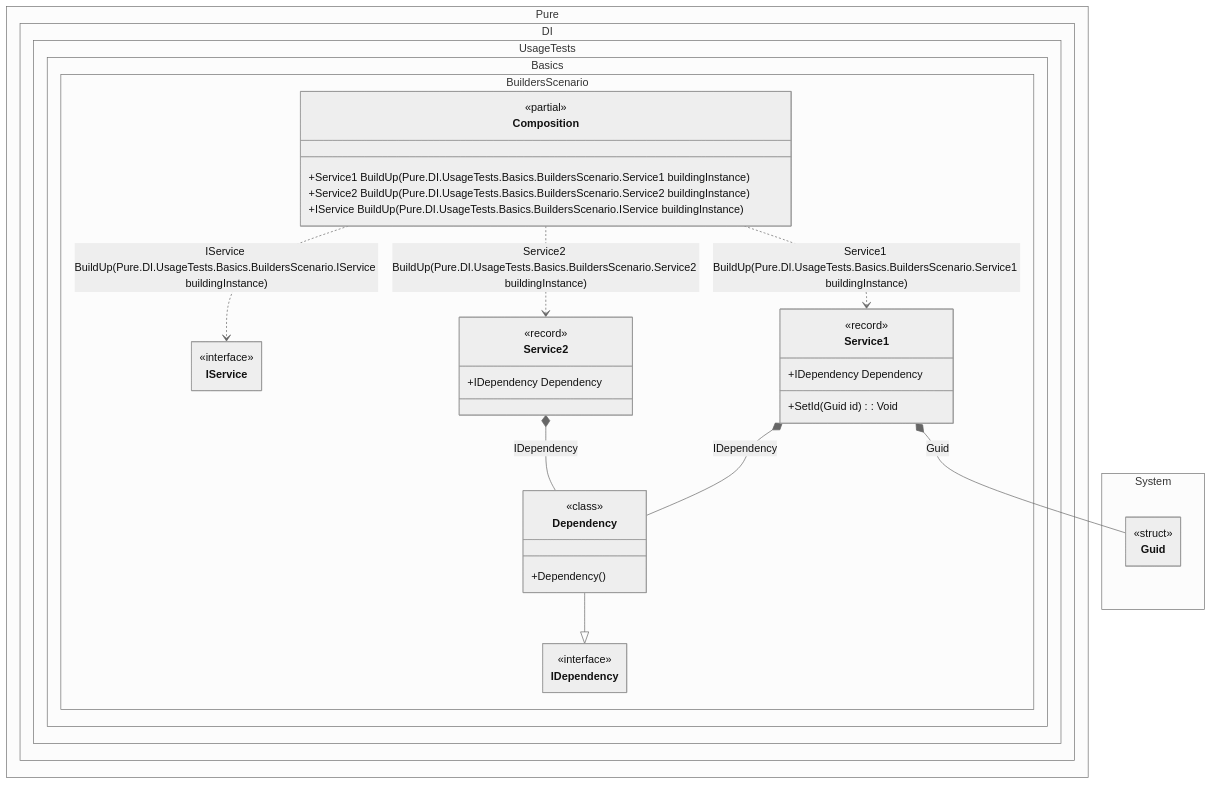
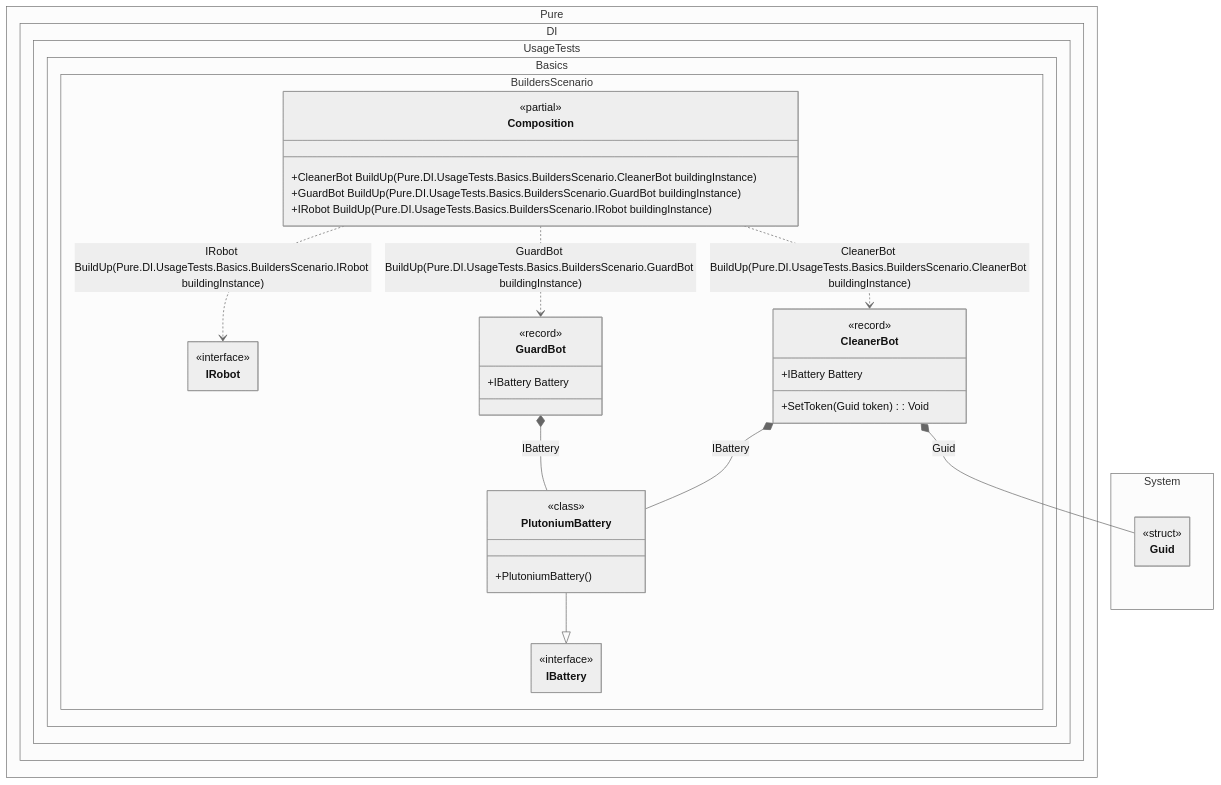
Before and after one commit to DevTeam/Pure.DI: the diagram in readme/builders.md, drawn with Mermaid (neutral theme). The commit also changed other lines of this file and 126 other files, not shown here.

````diff
--- a/readme/builders.md
+++ b/readme/builders.md
@@ -183,49 +183,49 @@
 ```mermaid
 ---
  config:
   maxTextSize: 2147483647
   maxEdges: 2147483647
   class:
    hideEmptyMembersBox: true
 ---
 classDiagram
-	Dependency --|> IDependency
-	Composition ..> IService : IService BuildUp(Pure.DI.UsageTests.Basics.BuildersScenario.IService buildingInstance)
-	Composition ..> Service2 : Service2 BuildUp(Pure.DI.UsageTests.Basics.BuildersScenario.Service2 buildingInstance)
-	Composition ..> Service1 : Service1 BuildUp(Pure.DI.UsageTests.Basics.BuildersScenario.Service1 buildingInstance)
-	Service1 *--  Guid : Guid
-	Service1 *--  Dependency : IDependency
-	Service2 *--  Dependency : IDependency
+	PlutoniumBattery --|> IBattery
+	Composition ..> IRobot : IRobot BuildUp(Pure.DI.UsageTests.Basics.BuildersScenario.IRobot buildingInstance)
+	Composition ..> GuardBot : GuardBot BuildUp(Pure.DI.UsageTests.Basics.BuildersScenario.GuardBot buildingInstance)
+	Composition ..> CleanerBot : CleanerBot BuildUp(Pure.DI.UsageTests.Basics.BuildersScenario.CleanerBot buildingInstance)
+	CleanerBot *--  Guid : Guid
+	CleanerBot *--  PlutoniumBattery : IBattery
+	GuardBot *--  PlutoniumBattery : IBattery
 	namespace Pure.DI.UsageTests.Basics.BuildersScenario {
+		class CleanerBot {
+				<<record>>
+			+IBattery Battery
+			+SetToken(Guid token) : Void
+		}
 		class Composition {
 		<<partial>>
-		+Service1 BuildUp(Pure.DI.UsageTests.Basics.BuildersScenario.Service1 buildingInstance)
-		+Service2 BuildUp(Pure.DI.UsageTests.Basics.BuildersScenario.Service2 buildingInstance)
-		+IService BuildUp(Pure.DI.UsageTests.Basics.BuildersScenario.IService buildingInstance)
+		+CleanerBot BuildUp(Pure.DI.UsageTests.Basics.BuildersScenario.CleanerBot buildingInstance)
+		+GuardBot BuildUp(Pure.DI.UsageTests.Basics.BuildersScenario.GuardBot buildingInstance)
+		+IRobot BuildUp(Pure.DI.UsageTests.Basics.BuildersScenario.IRobot buildingInstance)
 		}
-		class Dependency {
-				<<class>>
-			+Dependency()
+		class GuardBot {
+				<<record>>
+			+IBattery Battery
 		}
-		class IDependency {
+		class IBattery {
 			<<interface>>
 		}
-		class IService {
+		class IRobot {
 				<<interface>>
 		}
-		class Service1 {
-				<<record>>
-			+IDependency Dependency
-			+SetId(Guid id) : Void
-		}
-		class Service2 {
-				<<record>>
-			+IDependency Dependency
+		class PlutoniumBattery {
+				<<class>>
+			+PlutoniumBattery()
 		}
 	}
 	namespace System {
 		class Guid {
 				<<struct>>
 		}
 	}
 ```
````
